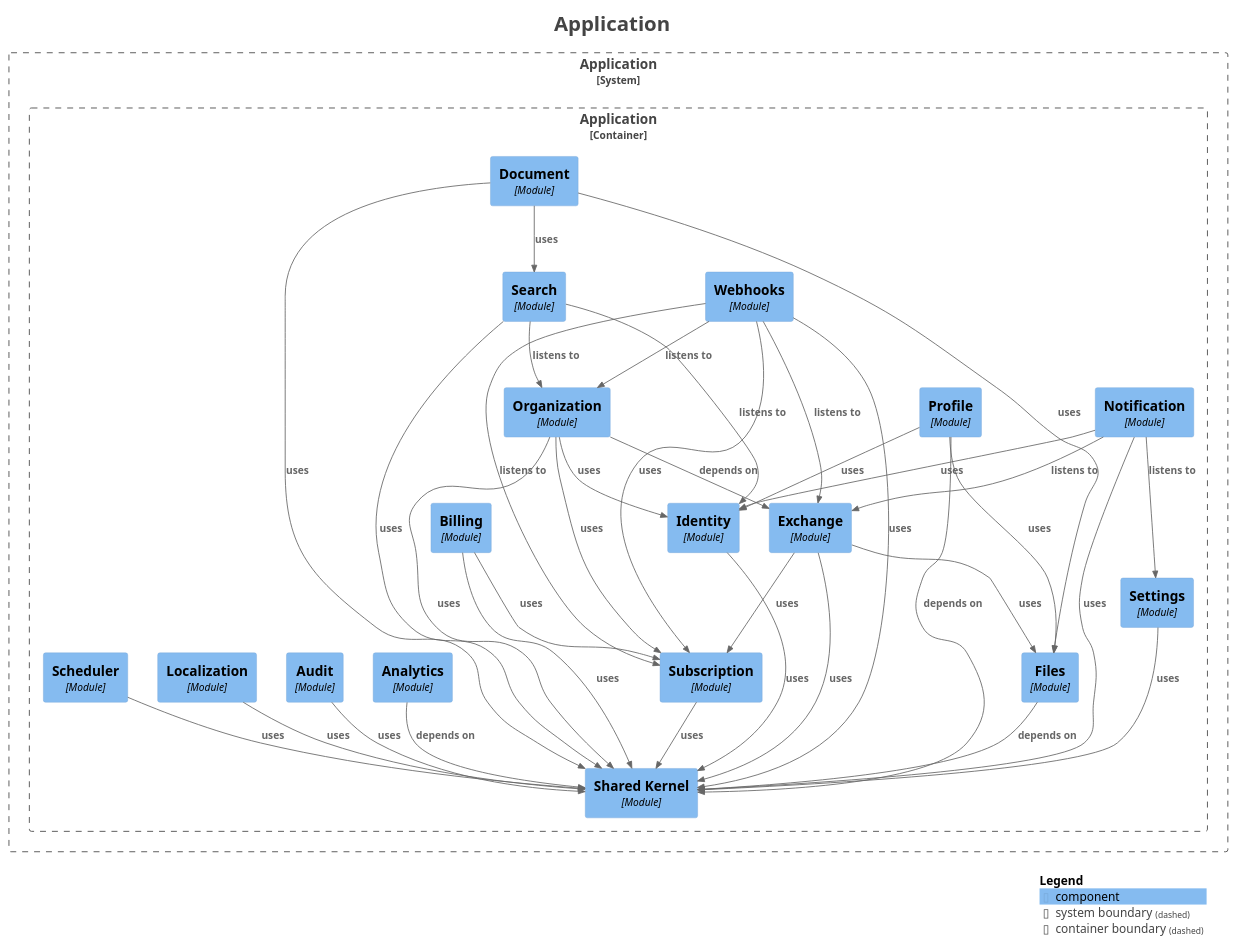
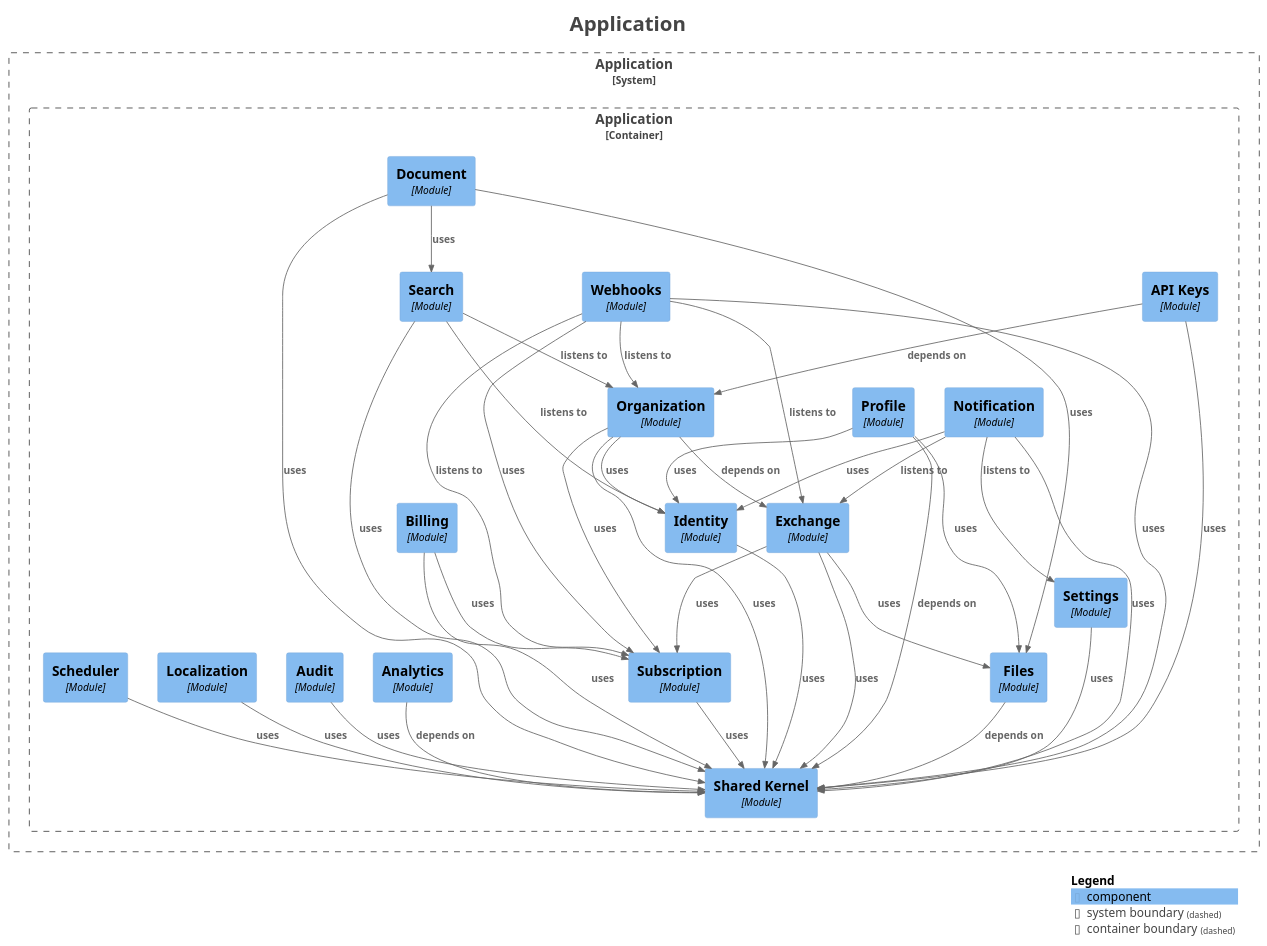
The diagram in docs/modulith/components.puml (Paul-Ayesiga/enterprise-modulith-template), drawn with PlantUML before and after one commit. The commit also changed 39 other files, not shown here.

```diff
--- a/docs/modulith/components.puml
+++ b/docs/modulith/components.puml
@@ -1,79 +1,82 @@
 @startuml
 title <size:24>Application</size>
 
 set separator none
 top to bottom direction
 
 <style>
   root {
     BackgroundColor: #ffffff
     FontColor: #444444
   }
 </style>
 
 !include <C4/C4>
 !include <C4/C4_Context>
 !include <C4/C4_Component>
 
 System_Boundary("Application_boundary", "Application", $tags="") {
   Container_Boundary("Application.Application_boundary", "Application", $tags="") {
     Component(Application.Application.Settings, "Settings", $techn="Module", $descr="", $tags="", $link="")
     Component(Application.Application.Subscription, "Subscription", $techn="Module", $descr="", $tags="", $link="")
     Component(Application.Application.Billing, "Billing", $techn="Module", $descr="", $tags="", $link="")
     Component(Application.Application.Exchange, "Exchange", $techn="Module", $descr="", $tags="", $link="")
     Component(Application.Application.Profile, "Profile", $techn="Module", $descr="", $tags="", $link="")
     Component(Application.Application.Notification, "Notification", $techn="Module", $descr="", $tags="", $link="")
     Component(Application.Application.Organization, "Organization", $techn="Module", $descr="", $tags="", $link="")
+    Component(Application.Application.APIKeys, "API Keys", $techn="Module", $descr="", $tags="", $link="")
     Component(Application.Application.Search, "Search", $techn="Module", $descr="", $tags="", $link="")
     Component(Application.Application.Webhooks, "Webhooks", $techn="Module", $descr="", $tags="", $link="")
     Component(Application.Application.Document, "Document", $techn="Module", $descr="", $tags="", $link="")
     Component(Application.Application.SharedKernel, "Shared Kernel", $techn="Module", $descr="", $tags="", $link="")
     Component(Application.Application.Analytics, "Analytics", $techn="Module", $descr="", $tags="", $link="")
     Component(Application.Application.Audit, "Audit", $techn="Module", $descr="", $tags="", $link="")
     Component(Application.Application.Files, "Files", $techn="Module", $descr="", $tags="", $link="")
     Component(Application.Application.Identity, "Identity", $techn="Module", $descr="", $tags="", $link="")
     Component(Application.Application.Localization, "Localization", $techn="Module", $descr="", $tags="", $link="")
     Component(Application.Application.Scheduler, "Scheduler", $techn="Module", $descr="", $tags="", $link="")
   }
 
 }
 
+Rel(Application.Application.Profile, Application.Application.SharedKernel, "depends on", $techn="", $tags="", $link="")
+Rel(Application.Application.Profile, Application.Application.Identity, "uses", $techn="", $tags="", $link="")
+Rel(Application.Application.Profile, Application.Application.Files, "uses", $techn="", $tags="", $link="")
+Rel(Application.Application.Document, Application.Application.Files, "uses", $techn="", $tags="", $link="")
+Rel(Application.Application.Document, Application.Application.Search, "uses", $techn="", $tags="", $link="")
+Rel(Application.Application.Document, Application.Application.SharedKernel, "uses", $techn="", $tags="", $link="")
+Rel(Application.Application.Localization, Application.Application.SharedKernel, "uses", $techn="", $tags="", $link="")
+Rel(Application.Application.Analytics, Application.Application.SharedKernel, "depends on", $techn="", $tags="", $link="")
+Rel(Application.Application.Settings, Application.Application.SharedKernel, "uses", $techn="", $tags="", $link="")
+Rel(Application.Application.Organization, Application.Application.Exchange, "depends on", $techn="", $tags="", $link="")
+Rel(Application.Application.Organization, Application.Application.Identity, "uses", $techn="", $tags="", $link="")
+Rel(Application.Application.Organization, Application.Application.SharedKernel, "uses", $techn="", $tags="", $link="")
+Rel(Application.Application.Organization, Application.Application.Subscription, "uses", $techn="", $tags="", $link="")
+Rel(Application.Application.APIKeys, Application.Application.Organization, "depends on", $techn="", $tags="", $link="")
+Rel(Application.Application.APIKeys, Application.Application.SharedKernel, "uses", $techn="", $tags="", $link="")
+Rel(Application.Application.Audit, Application.Application.SharedKernel, "uses", $techn="", $tags="", $link="")
 Rel(Application.Application.Identity, Application.Application.SharedKernel, "uses", $techn="", $tags="", $link="")
-Rel(Application.Application.Settings, Application.Application.SharedKernel, "uses", $techn="", $tags="", $link="")
 Rel(Application.Application.Exchange, Application.Application.Files, "uses", $techn="", $tags="", $link="")
 Rel(Application.Application.Exchange, Application.Application.SharedKernel, "uses", $techn="", $tags="", $link="")
 Rel(Application.Application.Exchange, Application.Application.Subscription, "uses", $techn="", $tags="", $link="")
-Rel(Application.Application.Localization, Application.Application.SharedKernel, "uses", $techn="", $tags="", $link="")
+Rel(Application.Application.Subscription, Application.Application.SharedKernel, "uses", $techn="", $tags="", $link="")
+Rel(Application.Application.Billing, Application.Application.Subscription, "uses", $techn="", $tags="", $link="")
+Rel(Application.Application.Billing, Application.Application.SharedKernel, "uses", $techn="", $tags="", $link="")
+Rel(Application.Application.Files, Application.Application.SharedKernel, "depends on", $techn="", $tags="", $link="")
 Rel(Application.Application.Notification, Application.Application.Exchange, "listens to", $techn="", $tags="", $link="")
 Rel(Application.Application.Notification, Application.Application.Settings, "listens to", $techn="", $tags="", $link="")
 Rel(Application.Application.Notification, Application.Application.SharedKernel, "uses", $techn="", $tags="", $link="")
 Rel(Application.Application.Notification, Application.Application.Identity, "uses", $techn="", $tags="", $link="")
+Rel(Application.Application.Webhooks, Application.Application.Exchange, "listens to", $techn="", $tags="", $link="")
+Rel(Application.Application.Webhooks, Application.Application.Subscription, "listens to", $techn="", $tags="", $link="")
 Rel(Application.Application.Webhooks, Application.Application.Organization, "listens to", $techn="", $tags="", $link="")
-Rel(Application.Application.Webhooks, Application.Application.Subscription, "listens to", $techn="", $tags="", $link="")
-Rel(Application.Application.Webhooks, Application.Application.Exchange, "listens to", $techn="", $tags="", $link="")
 Rel(Application.Application.Webhooks, Application.Application.SharedKernel, "uses", $techn="", $tags="", $link="")
 Rel(Application.Application.Webhooks, Application.Application.Subscription, "uses", $techn="", $tags="", $link="")
-Rel(Application.Application.Subscription, Application.Application.SharedKernel, "uses", $techn="", $tags="", $link="")
-Rel(Application.Application.Document, Application.Application.Files, "uses", $techn="", $tags="", $link="")
-Rel(Application.Application.Document, Application.Application.Search, "uses", $techn="", $tags="", $link="")
-Rel(Application.Application.Document, Application.Application.SharedKernel, "uses", $techn="", $tags="", $link="")
-Rel(Application.Application.Organization, Application.Application.Exchange, "depends on", $techn="", $tags="", $link="")
-Rel(Application.Application.Organization, Application.Application.Identity, "uses", $techn="", $tags="", $link="")
-Rel(Application.Application.Organization, Application.Application.SharedKernel, "uses", $techn="", $tags="", $link="")
-Rel(Application.Application.Organization, Application.Application.Subscription, "uses", $techn="", $tags="", $link="")
 Rel(Application.Application.Scheduler, Application.Application.SharedKernel, "uses", $techn="", $tags="", $link="")
-Rel(Application.Application.Analytics, Application.Application.SharedKernel, "depends on", $techn="", $tags="", $link="")
-Rel(Application.Application.Files, Application.Application.SharedKernel, "depends on", $techn="", $tags="", $link="")
 Rel(Application.Application.Search, Application.Application.Organization, "listens to", $techn="", $tags="", $link="")
 Rel(Application.Application.Search, Application.Application.Identity, "listens to", $techn="", $tags="", $link="")
 Rel(Application.Application.Search, Application.Application.SharedKernel, "uses", $techn="", $tags="", $link="")
-Rel(Application.Application.Profile, Application.Application.SharedKernel, "depends on", $techn="", $tags="", $link="")
-Rel(Application.Application.Profile, Application.Application.Identity, "uses", $techn="", $tags="", $link="")
-Rel(Application.Application.Profile, Application.Application.Files, "uses", $techn="", $tags="", $link="")
-Rel(Application.Application.Audit, Application.Application.SharedKernel, "uses", $techn="", $tags="", $link="")
-Rel(Application.Application.Billing, Application.Application.Subscription, "uses", $techn="", $tags="", $link="")
-Rel(Application.Application.Billing, Application.Application.SharedKernel, "uses", $techn="", $tags="", $link="")
 
 SHOW_LEGEND(true)
 hide stereotypes
 @enduml
```
